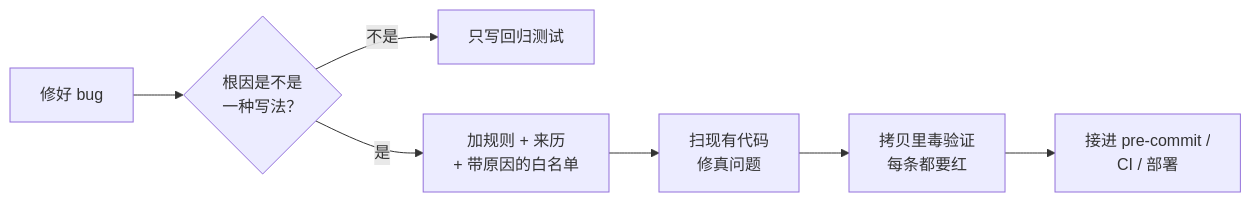
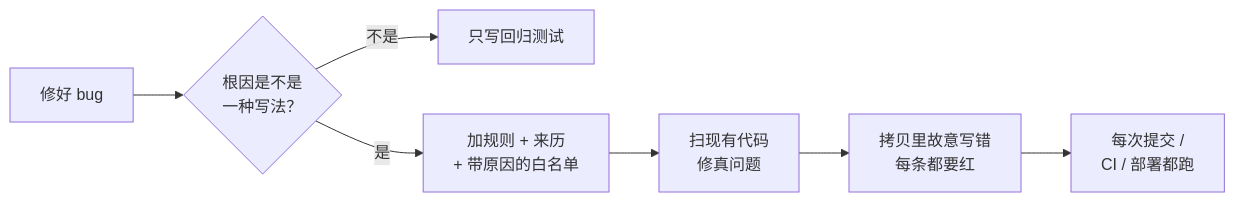
One commit to howardchenghuang-dotcom/bug-to-rule changed the diagram in README.zh-CN.md. Above: the diagram before and after it, drawn with Mermaid. The commit also changed other lines of this file and 3 other files, not shown here.

````diff
--- a/README.zh-CN.md
+++ b/README.zh-CN.md
@@ -31,9 +91,9 @@
 ```mermaid
 flowchart LR
   A[修好 bug] --> B{根因是不是<br/>一种写法？}
   B -- 不是 --> C[只写回归测试]
   B -- 是 --> D[加规则 + 来历<br/>+ 带原因的白名单]
   D --> E[扫现有代码<br/>修真问题]
-  E --> F[拷贝里毒验证<br/>每条都要红]
-  F --> G[接进 pre-commit /<br/>CI / 部署]
+  E --> F[拷贝里故意写错<br/>每条都要红]
+  F --> G[每次提交 /<br/>CI / 部署都跑]
 ```
````
